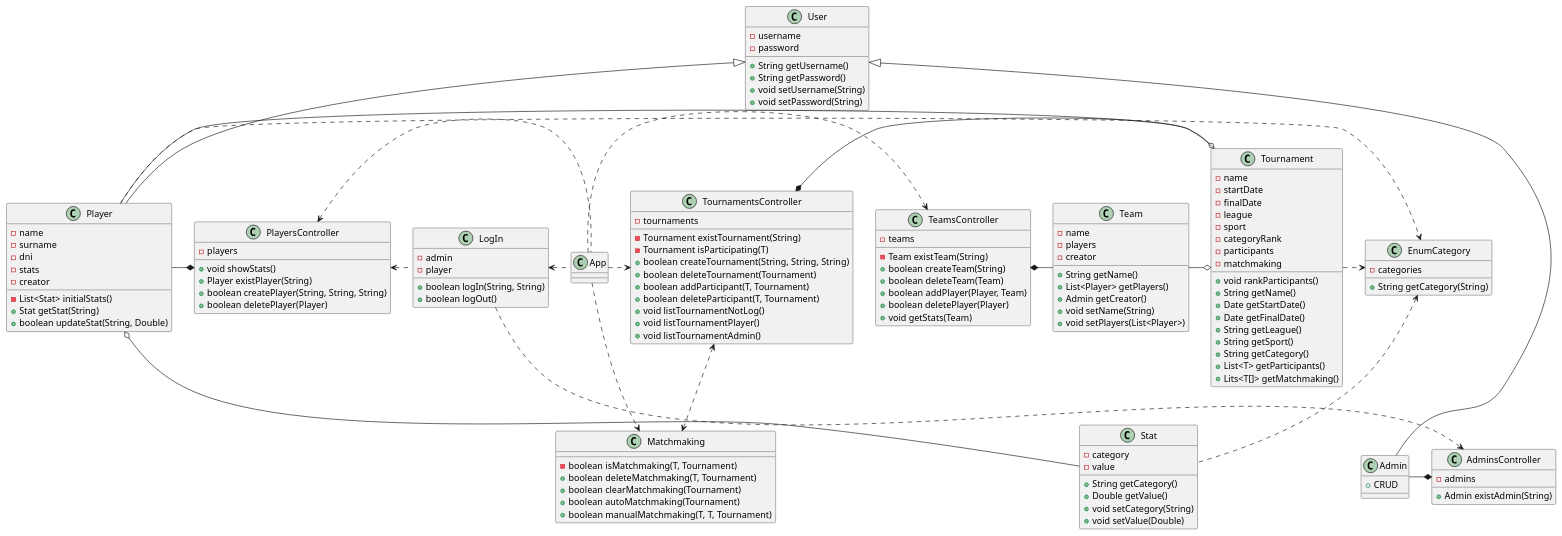
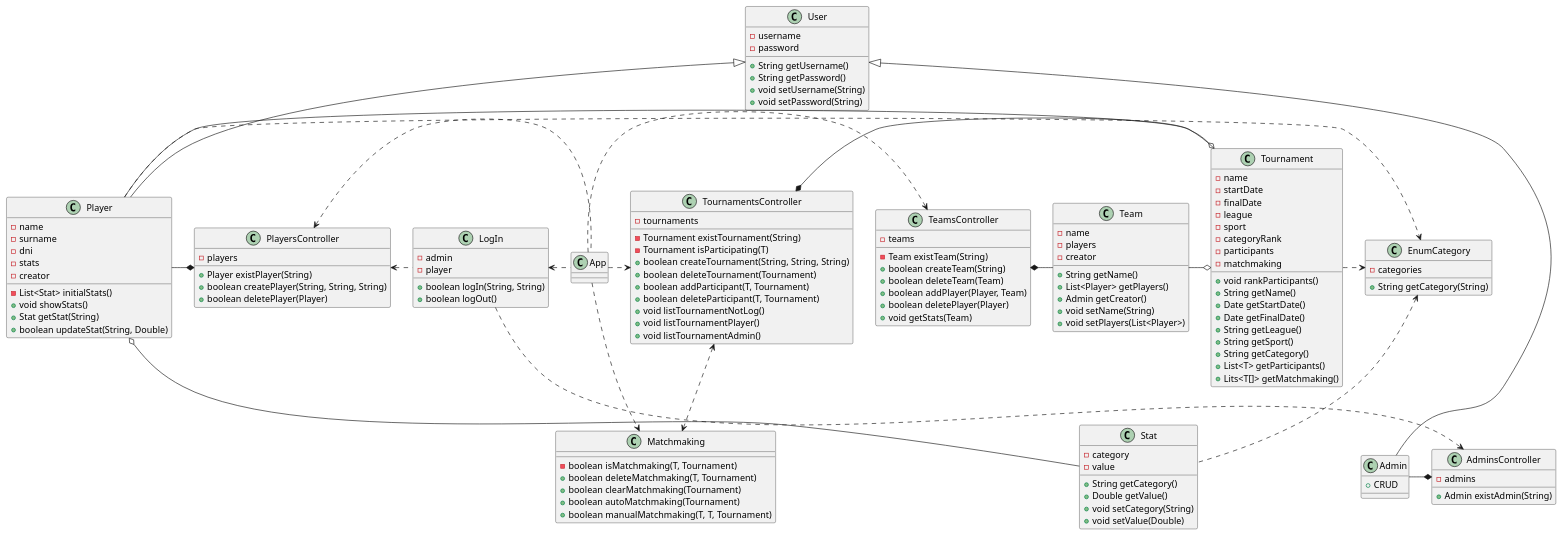
The diagram in documents/uml.puml (AlbertoArpa/POO2), drawn with PlantUML before and after one commit. The commit also changed other lines of this file and 4 other files, not shown here.

```diff
--- a/documents/uml.puml
+++ b/documents/uml.puml
@@ -1,144 +1,144 @@
 @startuml
 
 Player -* PlayersController
 TournamentsController *- Tournament
 TeamsController *- Team
 TournamentsController <.> Matchmaking
 Stat --o Player
 Player -o Tournament
 Player .> EnumCategory
 Team -o Tournament
 EnumCategory <. Stat
 PlayersController <. LogIn
 LogIn ..> AdminsController
 Tournament .> EnumCategory
 Admin -* AdminsController
 LogIn <. App
 PlayersController <. App
 App .> TournamentsController
 App ..> Matchmaking
 App .> TeamsController
 
 class App{}
 
 class User{
     -username
     -password
     +String getUsername()
     +String getPassword()
     +void setUsername(String)
     +void setPassword(String)
 }
 
 class Player extends User{
     -name
     -surname
     -dni
     -stats
     -creator
     -List<Stat> initialStats()
+    +void showStats()
     +Stat getStat(String)
     +boolean updateStat(String, Double)
 }
 
 class Admin extends User{
     +CRUD
 }
 
 class EnumCategory{
     -categories
     +String getCategory(String)
 }
 
 class Stat{
     -category
     -value
     +String getCategory()
     +Double getValue()
     +void setCategory(String)
     +void setValue(Double)
 }
 
 class Team{
     -name
     -players
     -creator
     +String getName()
     +List<Player> getPlayers()
     +Admin getCreator()
     +void setName(String)
     +void setPlayers(List<Player>)
 }
 
 class Matchmaking{
     -boolean isMatchmaking(T, Tournament)
     +boolean deleteMatchmaking(T, Tournament)
     +boolean clearMatchmaking(Tournament)
     +boolean autoMatchmaking(Tournament)
     +boolean manualMatchmaking(T, T, Tournament)
 }
 
 class Tournament{
     -name
     -startDate
     -finalDate
     -league
     -sport
     -categoryRank
     -participants
     -matchmaking
     +void rankParticipants()
     +String getName()
     +Date getStartDate()
     +Date getFinalDate()
     +String getLeague()
     +String getSport()
     +String getCategory()
     +List<T> getParticipants()
     +Lits<T[]> getMatchmaking()
 }
 
 class AdminsController{
     -admins
     +Admin existAdmin(String)
 }
 
 class PlayersController{
     -players
-    +void showStats()
     +Player existPlayer(String)
     +boolean createPlayer(String, String, String)
     +boolean deletePlayer(Player)
 }
 
 class LogIn{
     -admin
     -player
     +boolean logIn(String, String)
     +boolean logOut()
 }
 
 class TournamentsController{
     -tournaments
     -Tournament existTournament(String)
     -Tournament isParticipating(T)
     +boolean createTournament(String, String, String)
     +boolean deleteTournament(Tournament)
     +boolean addParticipant(T, Tournament)
     +boolean deleteParticipant(T, Tournament)
     +void listTournamentNotLog()
     +void listTournamentPlayer()
     +void listTournamentAdmin()
 }
 
 class TeamsController{
     -teams
     -Team existTeam(String)
     +boolean createTeam(String)
     +boolean deleteTeam(Team)
     +boolean addPlayer(Player, Team)
     +boolean deletePlayer(Player)
     +void getStats(Team)
 }
 
 @enduml
```
